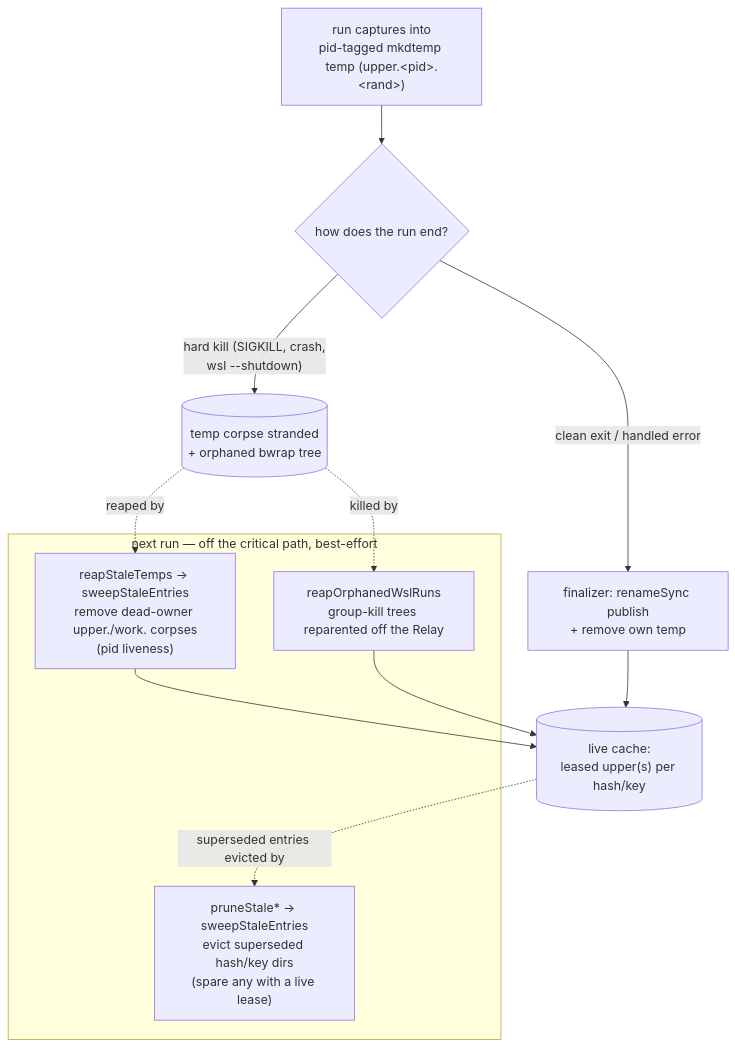
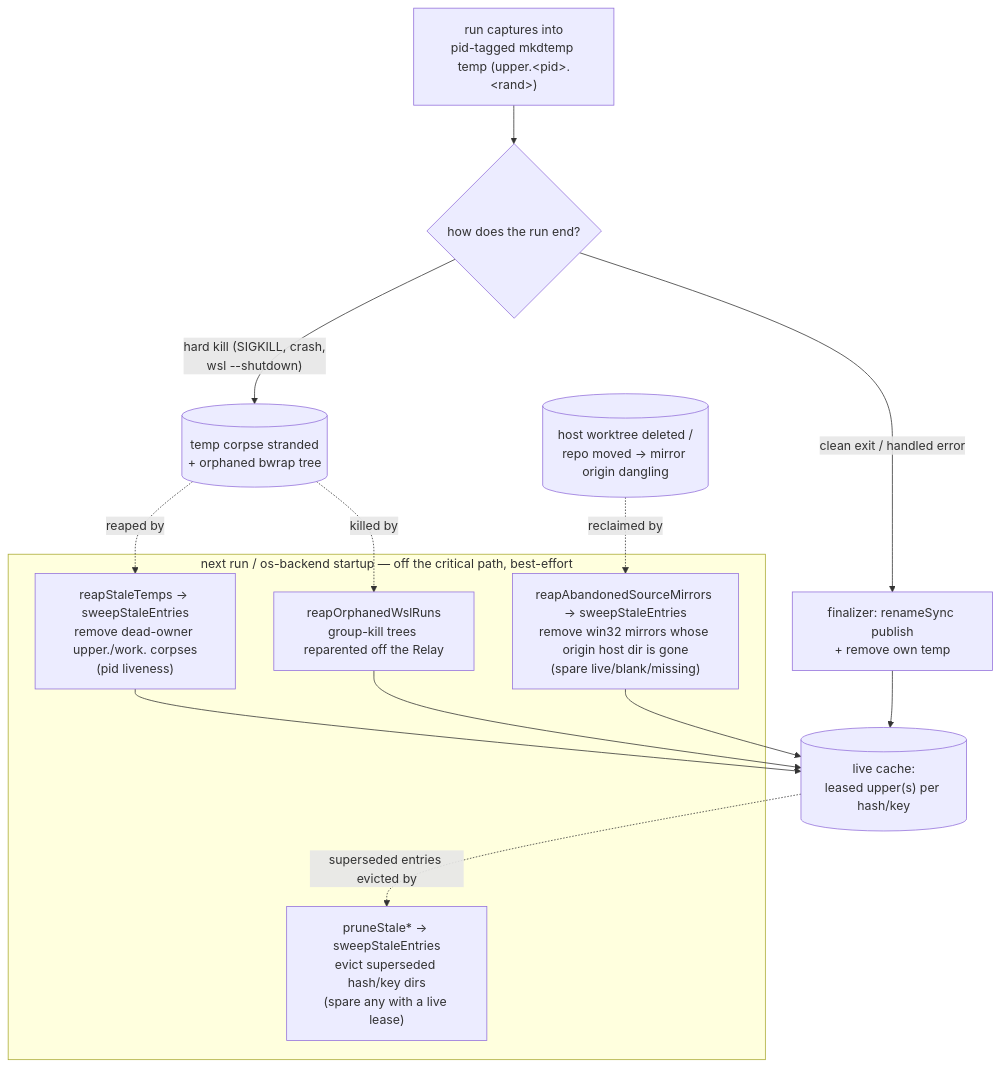
Before and after one commit to Esposter/Esposter: the third of 3 diagrams in features/virrun/architecture.md, drawn with Mermaid. The commit also changed other lines of this file and 13 other files, not shown here.

````diff
--- a/features/virrun/architecture.md
+++ b/features/virrun/architecture.md
@@ -134,20 +134,24 @@
 ```mermaid
 flowchart TB
     start["run captures into<br/>pid-tagged mkdtemp temp (upper.&lt;pid&gt;.&lt;rand&gt;)"] --> exit{"how does the run end?"}
     exit -->|"clean exit / handled error"| fin["finalizer: renameSync publish<br/>+ remove own temp"]
     exit -->|"hard kill (SIGKILL, crash,<br/>wsl --shutdown)"| leak[("temp corpse stranded<br/>+ orphaned bwrap tree")]
 
     fin --> live[("live cache:<br/>leased upper(s) per hash/key")]
+    gone[("host worktree deleted /<br/>repo moved → mirror origin dangling")]
 
-    subgraph next["next run — off the critical path, best-effort"]
+    subgraph next["next run / os-backend startup — off the critical path, best-effort"]
         prune["pruneStale* → sweepStaleEntries<br/>evict superseded hash/key dirs<br/>(spare any with a live lease)"]
         reap["reapStaleTemps → sweepStaleEntries<br/>remove dead-owner upper./work. corpses<br/>(pid liveness)"]
         orphan["reapOrphanedWslRuns<br/>group-kill trees reparented off the Relay"]
+        mirror["reapAbandonedSourceMirrors → sweepStaleEntries<br/>remove win32 mirrors whose origin host dir is gone<br/>(spare live/blank/missing)"]
     end
 
     leak -.reaped by.-> reap
     leak -.killed by.-> orphan
     live -.superseded entries evicted by.-> prune
+    gone -.reclaimed by.-> mirror
     reap --> live
     orphan --> live
+    mirror --> live
 ```
````
